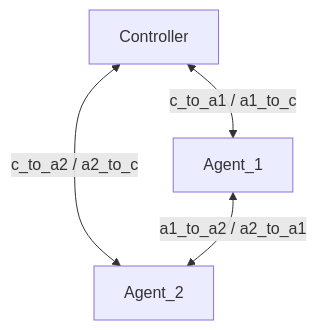
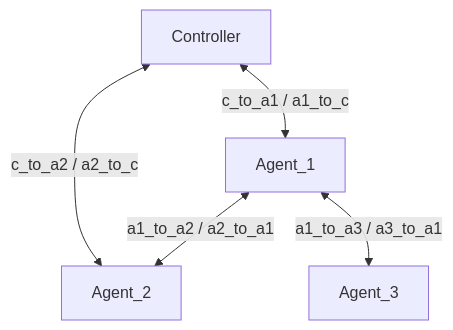
The diagram in README.md (cpeter6456/EasyMesh-Topology-Simulation-and-Packet-Parser-Based-on-Linux-Network-Namespaces), drawn with Mermaid before and after one commit. The commit also changed other lines of this file and 9 other files, not shown here.

````diff
--- a/README.md
+++ b/README.md
@@ -25,6 +27,7 @@
 ```mermaid
 graph TD
     C[Controller] <-->|c_to_a1 / a1_to_c| A1[Agent_1]
     C <-->|c_to_a2 / a2_to_c| A2[Agent_2]
     A1 <-->|a1_to_a2 / a2_to_a1| A2
+    A1 <-->|a1_to_a3 / a3_to_a1| A3[Agent_3]
 ```
````
